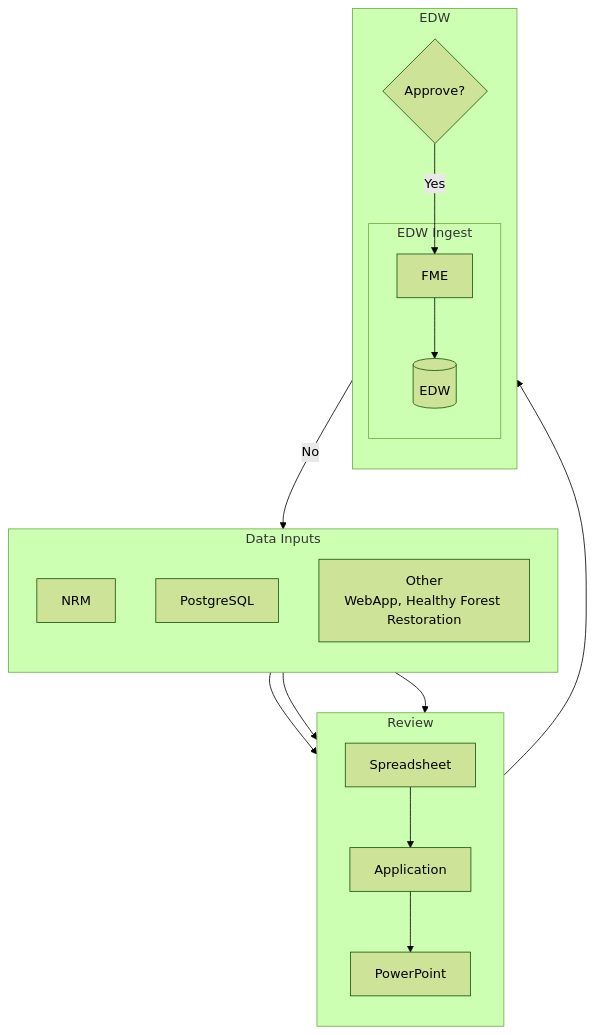
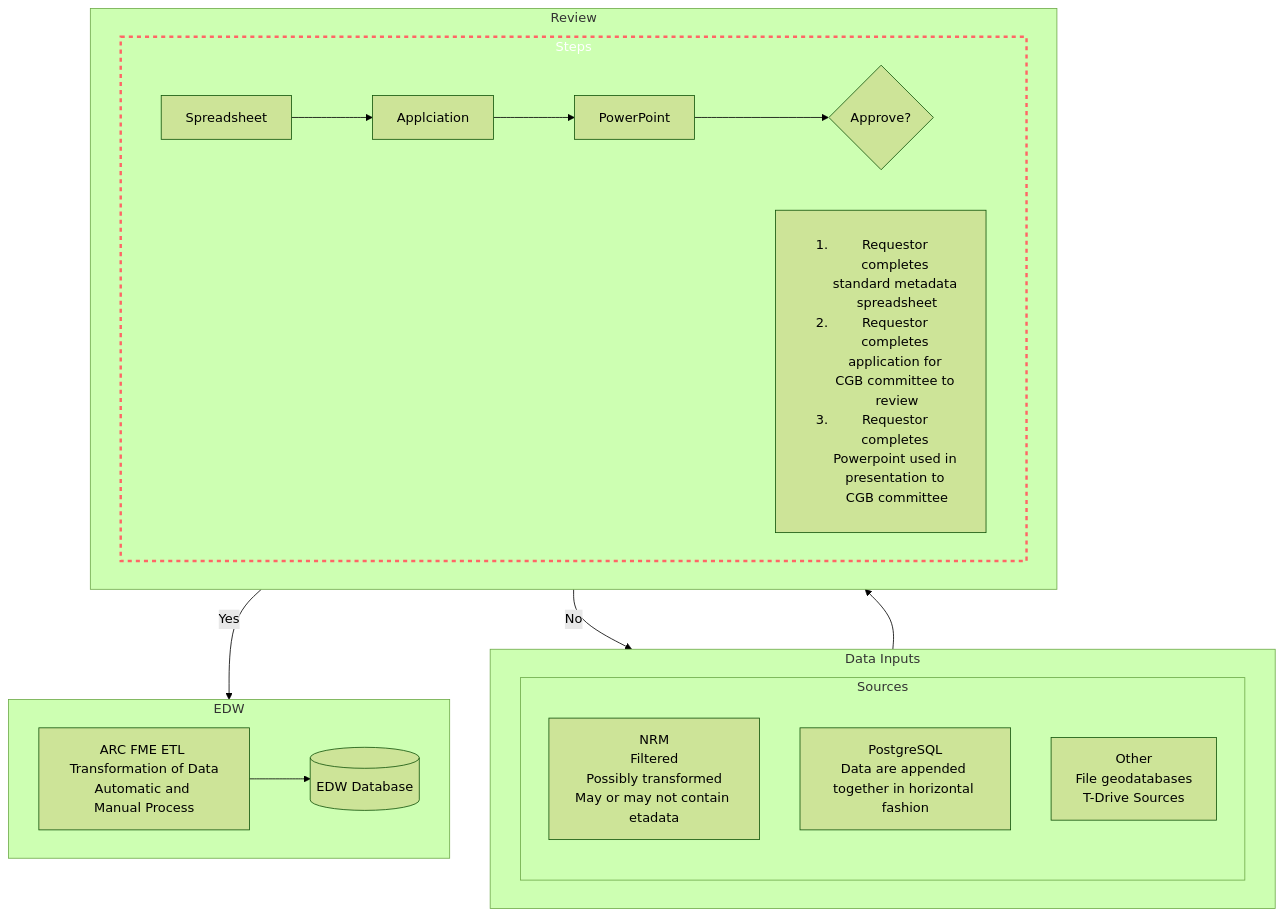
One commit to forestbytes/catalog changed the diagram in docs/metadata-architecture.md. Above: the diagram before and after it, drawn with Mermaid (forest theme).

Commit message:
Done with this for today

````diff
--- a/docs/metadata-architecture.md
+++ b/docs/metadata-architecture.md
@@ -1,34 +1,40 @@
 ```mermaid
 
-flowchart TB
+graph TB
   subgraph Inputs[Data Inputs]
-      direction TB
-      NRM
-      PostgreSQL
-      Other[Other<br>WebApp, Healthy Forest Restoration]     
+    subgraph Sources
+      NRM["NRM<br/>Filtered<br/>Possibly transformed<br/>May or may not contain etadata<br>"
+      ]
+      PgSQL["PostgreSQL<br/>Data are appended together in horizontal fashion"]
+      Other["Other<br/>File geodatabases<br/>T-Drive Sources"]
+    end
   end
 
-  subgraph Review
-    direction TB
-    Spreadsheet --> Application --> PowerPoint
-  end
-
-  NRM --> Spreadsheet
-  PostgreSQL --> Spreadsheet
-  Other --> Spreadsheet
-
-  subgraph EDW
-    direction TB
-    Approve{Approve?}
-    subgraph EDWIngest[EDW Ingest]
-      FME
-      edw[(EDW)]
+  subgraph Review[Review]
+    direction LR
+    
+    subgraph Steps
+      direction LR
+      S[Spreadsheet]
+      A[Applciation]
+      P[PowerPoint]
+      Approve{Approve?}
+      D[<ol><li>Requestor completes standard metadata spreadsheet</li><li>Requestor completes application for CGB committee to review</li><li>Requestor completes Powerpoint used in presentation to CGB committee</li></ol>]
     end
 
-    FME --> edw
+    S --> A
+    A --> P
+    P --> Approve
   end
+  style Steps stroke:#f66,stroke-width:3px,color:#fff,stroke-dasharray: 5 5
+  
+  subgraph EDW
+    FME[ARC FME ETL Transformation of Data<br/>Automatic and <br/>Manual Process]
+    FME --> EDWDatabase[(EDW Database)]
+  end
+  Approve --> |Yes| EDW
+  Approve --> |No| Inputs
 
-  PowerPoint --> Approve
-  Approve --> |Yes| FME
-  Approve --> |No| Inputs
+  Inputs --> Review
+
 ```
````
